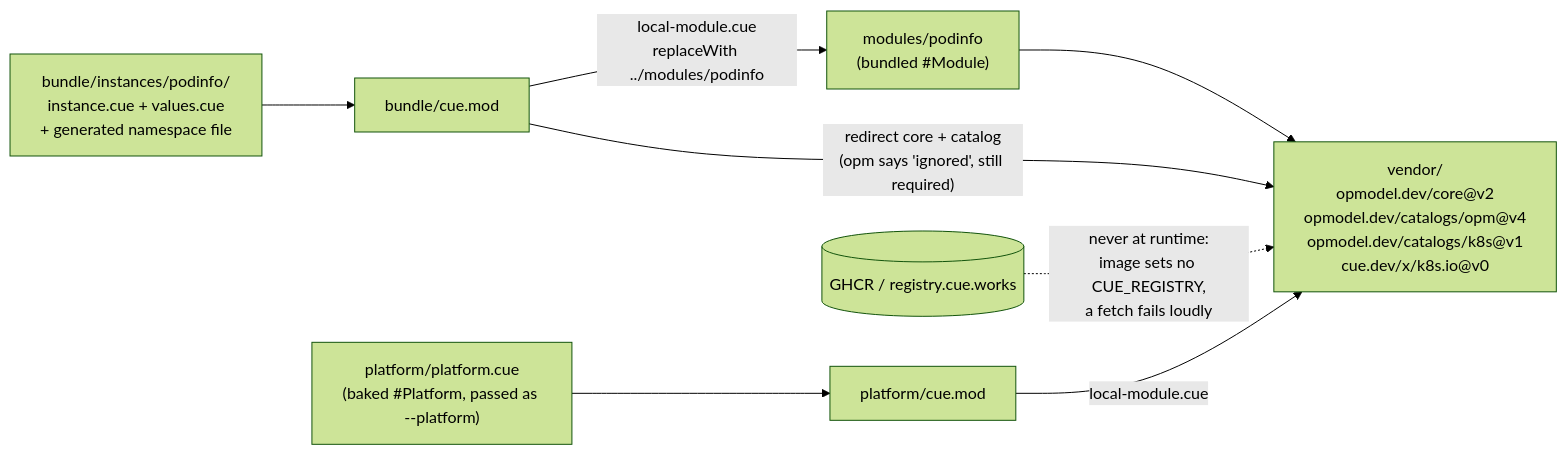
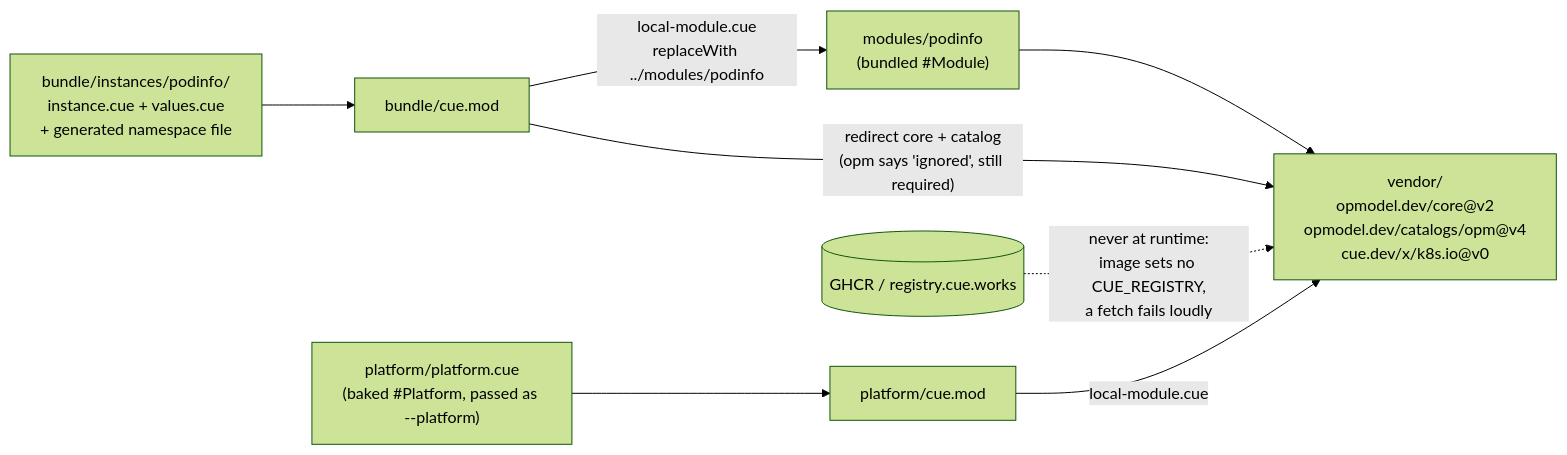
The third of 4 diagrams in README.md (open-platform-model/opm-suite-installer), drawn with Mermaid (forest theme) before and after one commit. The commit also changed other lines of this file and 77 other files, not shown here.

````diff
--- a/README.md
+++ b/README.md
@@ -168,10 +168,10 @@
 ```mermaid
 flowchart LR
   inst["bundle/instances/podinfo/<br/>instance.cue + values.cue<br/>+ generated namespace file"] --> bmod["bundle/cue.mod"]
   bmod -->|"local-module.cue<br/>replaceWith ../modules/podinfo"| pod["modules/podinfo<br/>(bundled #Module)"]
   bmod -->|"redirect core + catalog<br/>(opm says 'ignored', still required)"| vendor
   plat["platform/platform.cue<br/>(baked #Platform, passed as --platform)"] --> pmod["platform/cue.mod"]
-  pmod -->|"local-module.cue"| vendor["vendor/<br/>opmodel.dev/core@v2<br/>opmodel.dev/catalogs/opm@v4<br/>opmodel.dev/catalogs/k8s@v1<br/>cue.dev/x/k8s.io@v0"]
+  pmod -->|"local-module.cue"| vendor["vendor/<br/>opmodel.dev/core@v2<br/>opmodel.dev/catalogs/opm@v4<br/>cue.dev/x/k8s.io@v0"]
   pod --> vendor
   reg[("GHCR / registry.cue.works")] -. "never at runtime:<br/>image sets no CUE_REGISTRY,<br/>a fetch fails loudly" .-> vendor
 ```
````
